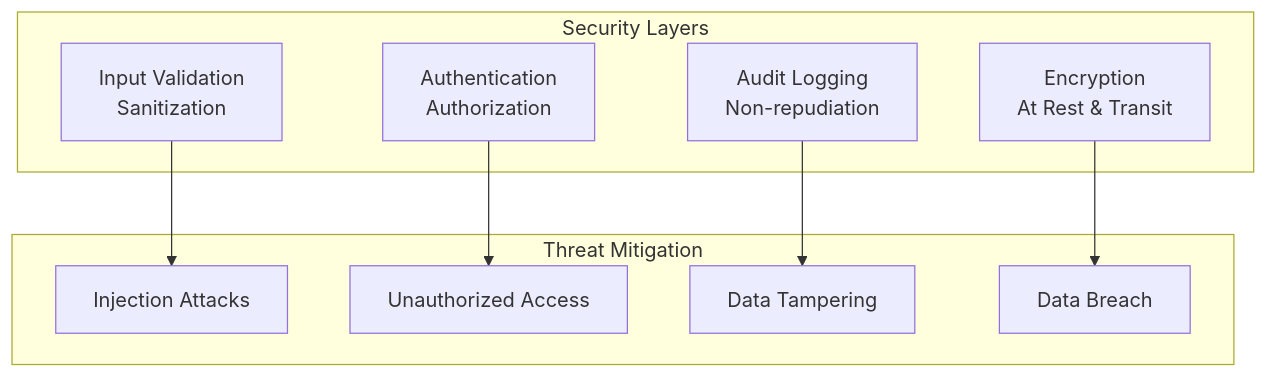
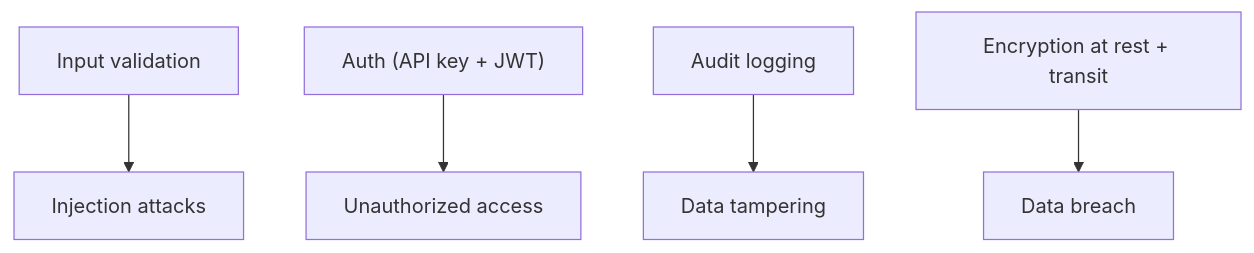
One commit to TheArchitectit/agent-guardrails-template changed the ninth of 9 diagrams in docs/architecture/system-architecture.md. Above: the diagram before and after it, drawn with Mermaid. The commit also changed other lines of this file and 15 other files, not shown here.

First line of the commit message:
docs: rewrite architecture doc under 500 lines with corrected facts

````diff
--- a/docs/architecture/system-architecture.md
+++ b/docs/architecture/system-architecture.md
@@ -540,21 +217,7 @@
 ```mermaid
 flowchart TB
-    subgraph Security["Security Layers"]
-        L1["Input Validation<br/>Sanitization"]
-        L2["Authentication<br/>Authorization"]
-        L3["Audit Logging<br/>Non-repudiation"]
-        L4["Encryption<br/>At Rest & Transit"]
-    end
-
-    subgraph Threats["Threat Mitigation"]
-        T1["Injection Attacks"]
-        T2["Unauthorized Access"]
-        T3["Data Tampering"]
-        T4["Data Breach"]
-    end
-
-    L1 --> T1
-    L2 --> T2
-    L3 --> T3
-    L4 --> T4
+    L1["Input validation"] --> T1["Injection attacks"]
+    L2["Auth (API key + JWT)"] --> T2["Unauthorized access"]
+    L3["Audit logging"] --> T3["Data tampering"]
+    L4["Encryption at rest + transit"] --> T4["Data breach"]
 ```
````
